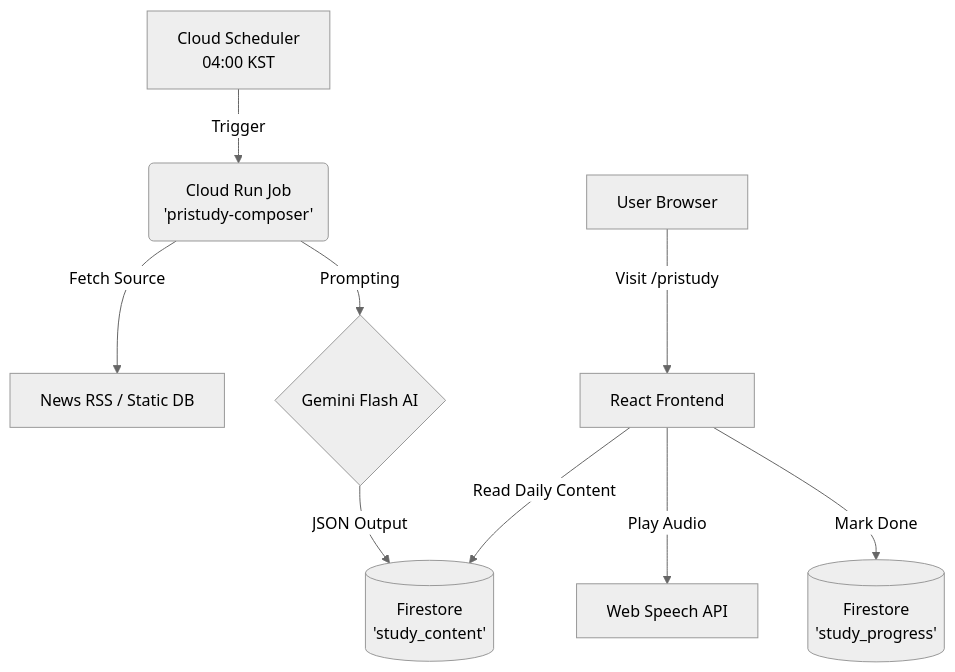
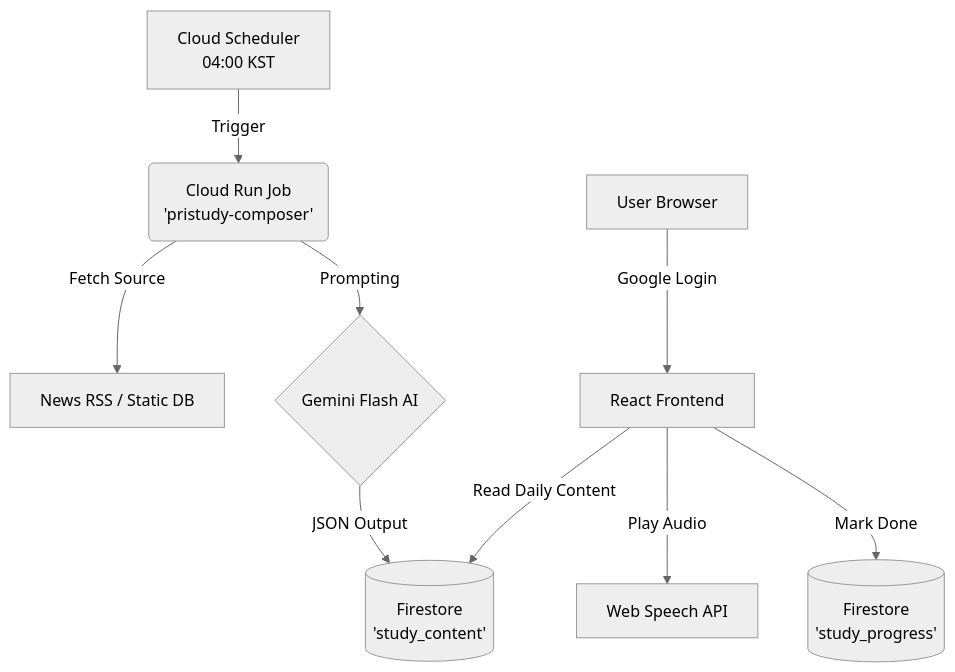
Before and after one commit to matthewshim/PriSincera: the diagram in docs/architecture/PriSincera_PriStudy_MVP.md, drawn with Mermaid (neutral theme). The commit also changed other lines of this file and 2 other files, not shown here.

Commit message:
docs: update PriStudy documentation with Google Login and Archive feature implementations

````diff
--- a/docs/architecture/PriSincera_PriStudy_MVP.md
+++ b/docs/architecture/PriSincera_PriStudy_MVP.md
@@ -26,12 +26,12 @@
 ```mermaid
 graph TD
     A[Cloud Scheduler<br>04:00 KST] -->|Trigger| B(Cloud Run Job<br>'pristudy-composer')
     B -->|Fetch Source| C[News RSS / Static DB]
     B -->|Prompting| D{Gemini Flash AI}
     D -->|JSON Output| E[(Firestore<br>'study_content')]
     
-    F[User Browser] -->|Visit /pristudy| G[React Frontend]
+    F[User Browser] -->|Google Login| G[React Frontend]
     G -->|Read Daily Content| E
     G -->|Play Audio| H[Web Speech API]
     G -->|Mark Done| I[(Firestore<br>'study_progress')]
 ```
````
